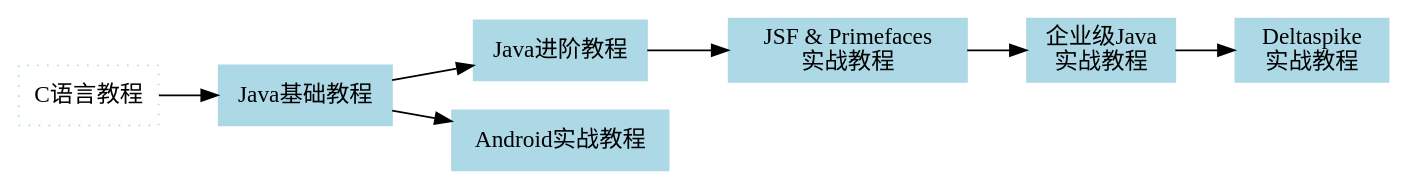
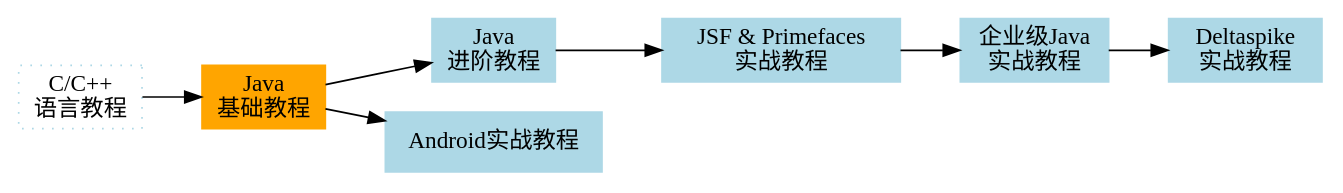
One commit to subaochen/java-tutorial changed the diagram in guide/imgs/frontmatter/tutorials-plan.dot. Above: the diagram before and after it, drawn with Graphviz. The commit also changed 5 other files, not shown here.

Commit message:
优化系列计划图

```diff
--- a/guide/imgs/frontmatter/tutorials-plan.dot
+++ b/guide/imgs/frontmatter/tutorials-plan.dot
@@ -1,15 +1,15 @@
 //usr/bin/dot
 digraph G{
     rankdir=LR;
     node[shape=box,style=filled,color=lightblue];
-    c[label="C语言教程",style=dotted];
-    java_basic[label="Java基础教程"];
-    java_advanced[label="Java进阶教程"];
+    c[label="C/C++\n语言教程",style=dotted];
+    java_basic[label="Java\n基础教程",color=orange];
+    java_advanced[label="Java\n进阶教程"];
     jsf[label="JSF & Primefaces\n实战教程"];
     cdi[label="企业级Java\n实战教程"];
     deltaspike[label="Deltaspike\n实战教程"];
     android[label="Android实战教程"];
 
     c->java_basic->java_advanced->jsf->cdi->deltaspike;
     java_basic->android;
 }
```
